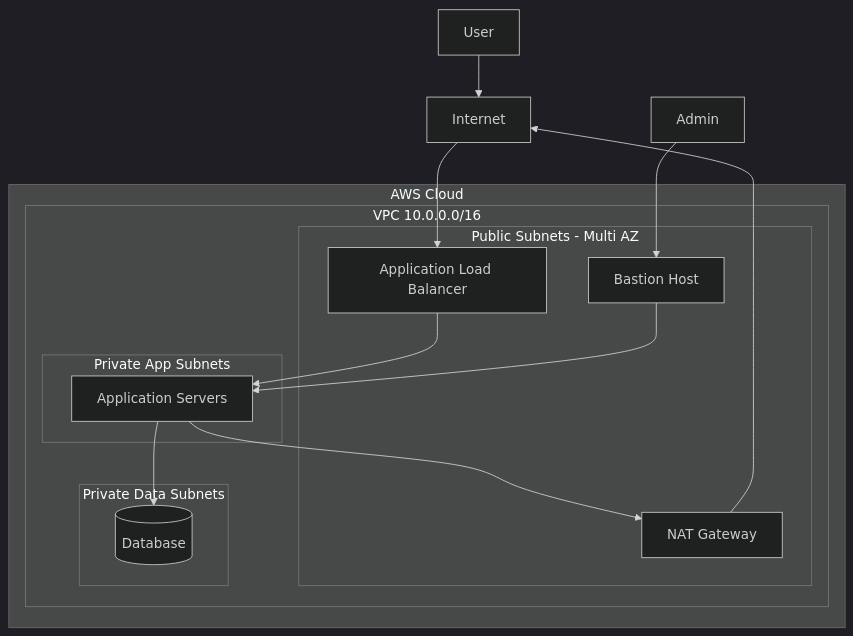
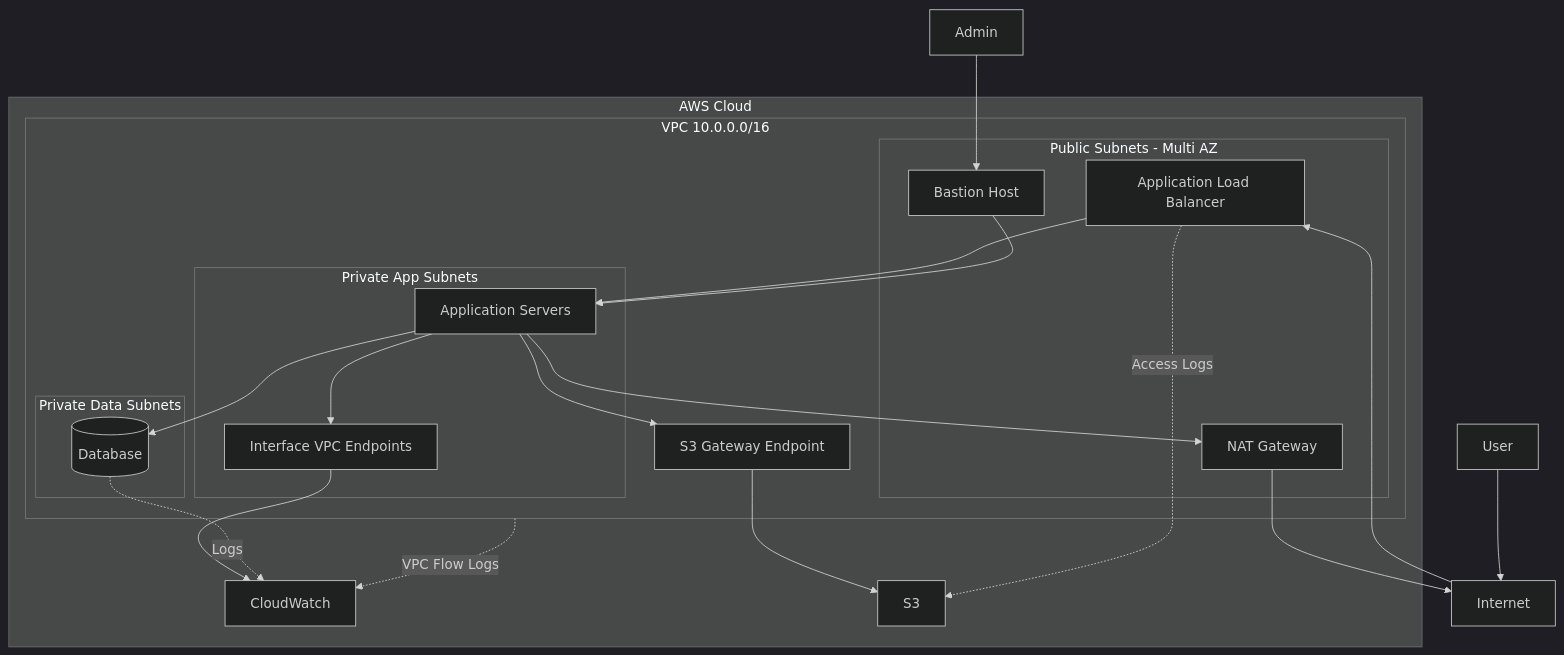
One commit to wkdalsgh192/cloud-computing changed the first of 3 diagrams in README.md. Above: the diagram before and after it, drawn with Mermaid (dark theme). The commit also changed other lines of this file and 11 other files, not shown here.

````diff
--- a/README.md
+++ b/README.md
@@ -11,32 +9,38 @@
 ```mermaid
 flowchart TB
-    User[User]
-    Internet[Internet]
-
-    subgraph AWS[AWS Cloud]
-        subgraph VPC[VPC 10.0.0.0/16]
-
-            subgraph PublicSubnets[Public Subnets - Multi AZ]
-                ALB[Application Load Balancer]
-                Bastion[Bastion Host]
-                NAT[NAT Gateway]
-            end
-
-            subgraph AppSubnets[Private App Subnets]
-                App[Application Servers]
-            end
-
-            subgraph DataSubnets[Private Data Subnets]
-                DB[(Database)]
-            end
-        end
-    end
-
-    User --> Internet --> ALB
+ subgraph PublicSubnets["Public Subnets - Multi AZ"]
+        ALB["Application Load Balancer"]
+        Bastion["Bastion Host"]
+        NAT["NAT Gateway"]
+  end
+ subgraph AppSubnets["Private App Subnets"]
+        App["Application Servers"]
+        VPCEndpoints["Interface VPC Endpoints"]
+  end
+ subgraph DataSubnets["Private Data Subnets"]
+        DB[("Database")]
+  end
+ subgraph VPC["VPC 10.0.0.0/16"]
+        PublicSubnets
+        AppSubnets
+        DataSubnets
+        S3Endpoint["S3 Gateway Endpoint"]
+  end
+ subgraph AWS["AWS Cloud"]
+        VPC
+        CloudWatch["CloudWatch"]
+        S3["S3"]
+  end
+    User["User"] --> Internet["Internet"]
+    Admin --> Bastion
+    Internet --> ALB
     ALB --> App
-    App --> DB
-
-    Admin --> Bastion
+    App --> DB & NAT & VPCEndpoints & S3Endpoint
+    VPCEndpoints --> CloudWatch
     Bastion --> App
-    App --> NAT --> Internet
+    NAT --> Internet
+    S3Endpoint --> S3
+    VPC -. VPC Flow Logs .-> CloudWatch
+    ALB -. Access Logs .-> S3
+    DB -. Logs .-> CloudWatch
 ```
````
